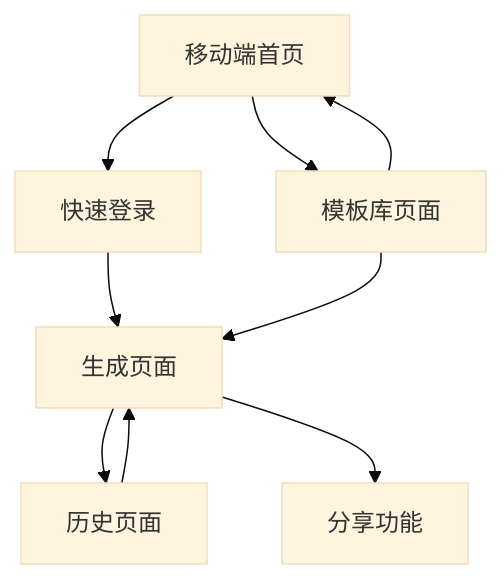
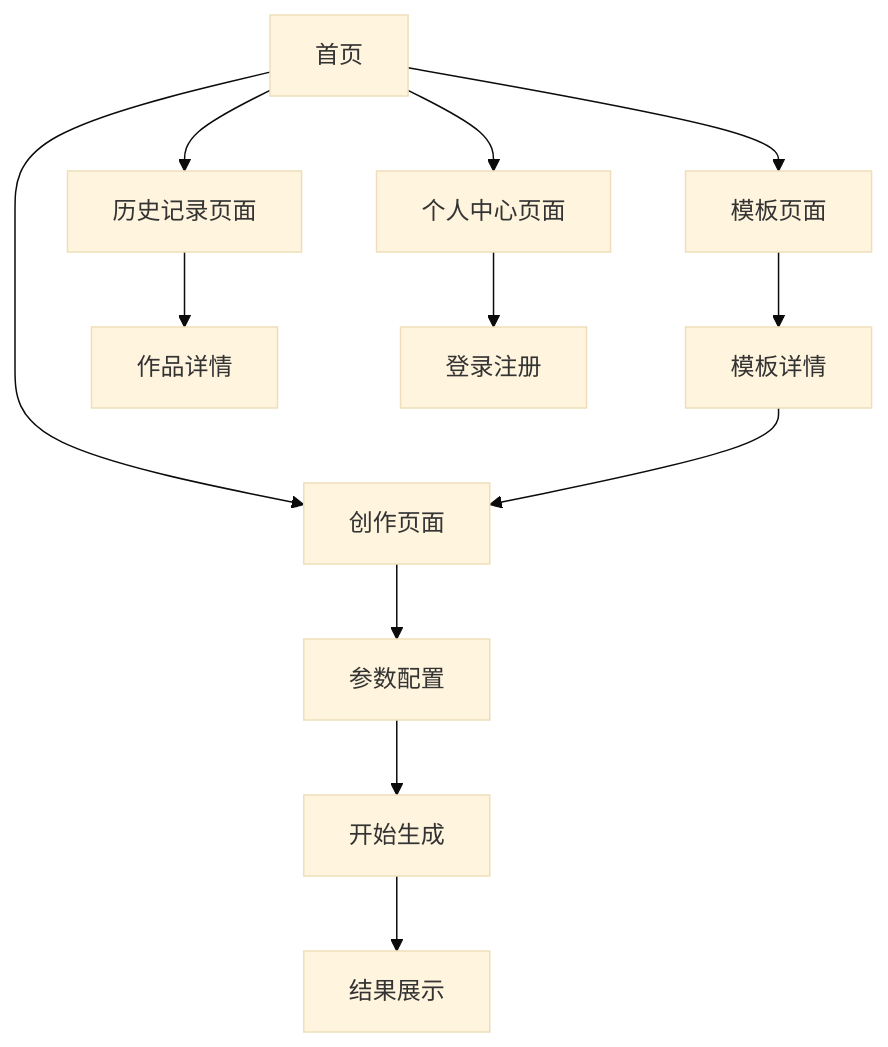
One commit to Fectivnfy112357/text-vison changed the diagram in .trae/documents/文生视界移动端产品需求文档.md. Above: the diagram before and after it, drawn with Mermaid (base theme). The commit also changed other lines of this file and 37 other files, not shown here.

````diff
--- a/.trae/documents/文生视界移动端产品需求文档.md
+++ b/.trae/documents/文生视界移动端产品需求文档.md
@@ -59,11 +54,14 @@
 ```mermaid
 graph TD
-    A[移动端首页] --> B[快速登录]
-    A --> C[模板库页面]
-    B --> D[生成页面]
-    C --> D
-    D --> E[历史页面]
-    E --> D
-    D --> F[分享功能]
-    C --> A
+    A[首页] --> B[创作页面]
+    A --> C[模板页面]
+    A --> D[历史记录页面]
+    A --> E[个人中心页面]
+    B --> F[参数配置]
+    F --> G[开始生成]
+    G --> H[结果展示]
+    C --> I[模板详情]
+    I --> B
+    D --> J[作品详情]
+    E --> K[登录注册]
 ```
````
